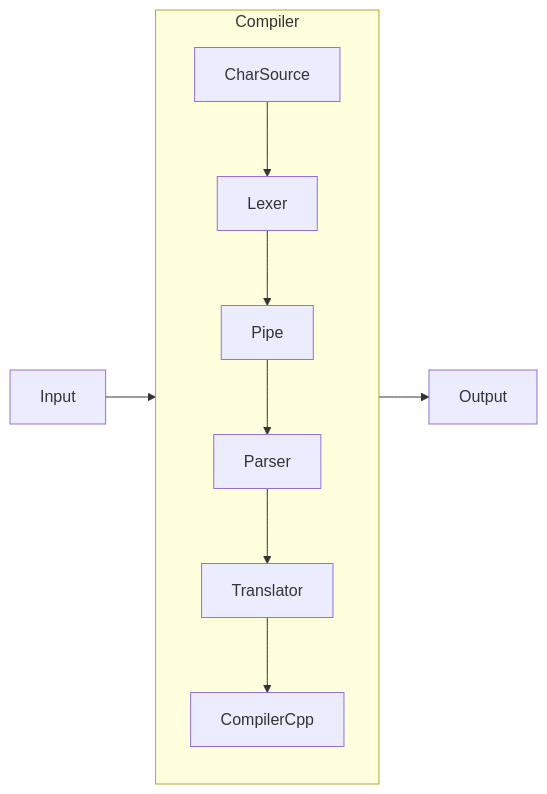
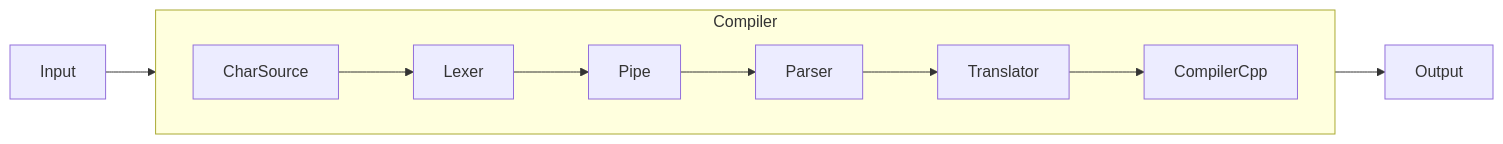
Before and after one commit to Ramzeeset/Expression-Parser: the diagram in README.md, drawn with Mermaid.

````diff
--- a/README.md
+++ b/README.md
@@ -7,11 +7,12 @@
 ```mermaid
 flowchart LR
   subgraph Compiler
+    direction LR
     CharSource-->Lexer
     Lexer-->Pipe
     Pipe-->Parser
     Parser-->Translator
     Translator-->CompilerCpp
   end
   Input --> Compiler --> Output
 ```
````
